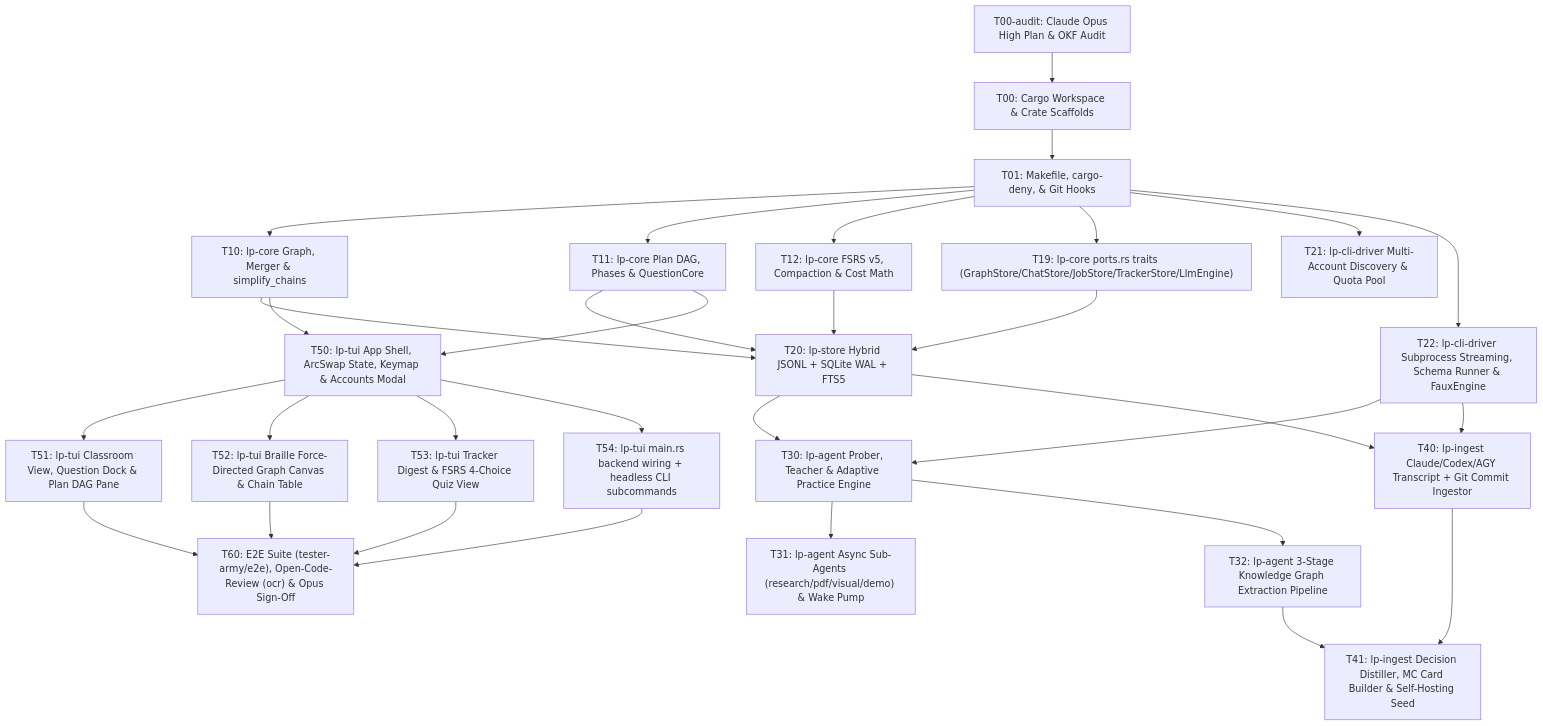
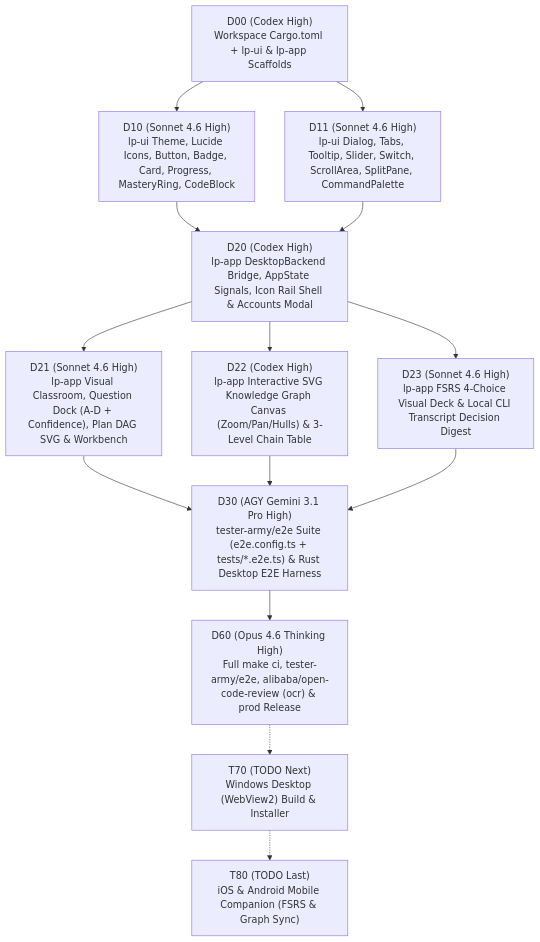
Before and after one commit to PrathamBhavsar/learnpuppy: the second of 2 diagrams in docs/PLAN.md, drawn with Mermaid. The commit also changed other lines of this file and 216 other files, not shown here.

Commit message:
docs: add dioxus 0.7 + lp-ui desktop plan, okf specs, and humanlayer/e2e skills

````diff
--- a/docs/PLAN.md
+++ b/docs/PLAN.md
@@ -285,33 +132,16 @@
 ```mermaid
 flowchart TD
-    T00A["T00-audit: Claude Opus High Plan & OKF Audit"] --> T00["T00: Cargo Workspace & Crate Scaffolds"]
-    T00 --> T01["T01: Makefile, cargo-deny, & Git Hooks"]
-    T01 --> T10["T10: lp-core Graph, Merger & simplify_chains"]
-    T01 --> T11["T11: lp-core Plan DAG, Phases & QuestionCore"]
-    T01 --> T12["T12: lp-core FSRS v5, Compaction & Cost Math"]
-    T01 --> T19["T19: lp-core ports.rs traits (GraphStore/ChatStore/JobStore/TrackerStore/LlmEngine)"]
-    T19 --> T20
-    T10 --> T20["T20: lp-store Hybrid JSONL + SQLite WAL + FTS5"]
-    T11 --> T20
-    T12 --> T20
-    T01 --> T21["T21: lp-cli-driver Multi-Account Discovery & Quota Pool"]
-    T01 --> T22["T22: lp-cli-driver Subprocess Streaming, Schema Runner & FauxEngine"]
-    T20 --> T30["T30: lp-agent Prober, Teacher & Adaptive Practice Engine"]
-    T22 --> T30
-    T30 --> T31["T31: lp-agent Async Sub-Agents (research/pdf/visual/demo) & Wake Pump"]
-    T30 --> T32["T32: lp-agent 3-Stage Knowledge Graph Extraction Pipeline"]
-    T20 --> T40["T40: lp-ingest Claude/Codex/AGY Transcript + Git Commit Ingestor"]
-    T22 --> T40
-    T40 --> T41["T41: lp-ingest Decision Distiller, MC Card Builder & Self-Hosting Seed"]
-    T32 --> T41
-    T10 --> T50["T50: lp-tui App Shell, ArcSwap State, Keymap & Accounts Modal"]
-    T11 --> T50
-    T50 --> T51["T51: lp-tui Classroom View, Question Dock & Plan DAG Pane"]
-    T50 --> T52["T52: lp-tui Braille Force-Directed Graph Canvas & Chain Table"]
-    T50 --> T53["T53: lp-tui Tracker Digest & FSRS 4-Choice Quiz View"]
-    T50 --> T54["T54: lp-tui main.rs backend wiring + headless CLI subcommands"]
-    T54 --> T60
-    T51 --> T60["T60: E2E Suite (tester-army/e2e), Open-Code-Review (ocr) & Opus Sign-Off"]
-    T52 --> T60
-    T53 --> T60
+    D00["D00 (Codex High)\nWorkspace Cargo.toml + lp-ui & lp-app Scaffolds"] --> D10["D10 (Sonnet 4.6 High)\nlp-ui Theme, Lucide Icons, Button, Badge, Card, Progress, MasteryRing, CodeBlock"]
+    D00 --> D11["D11 (Sonnet 4.6 High)\nlp-ui Dialog, Tabs, Tooltip, Slider, Switch, ScrollArea, SplitPane, CommandPalette"]
+    D10 --> D20["D20 (Codex High)\nlp-app DesktopBackend Bridge, AppState Signals, Icon Rail Shell & Accounts Modal"]
+    D11 --> D20
+    D20 --> D21["D21 (Sonnet 4.6 High)\nlp-app Visual Classroom, Question Dock (A-D + Confidence), Plan DAG SVG & Workbench"]
+    D20 --> D22["D22 (Codex High)\nlp-app Interactive SVG Knowledge Graph Canvas (Zoom/Pan/Hulls) & 3-Level Chain Table"]
+    D20 --> D23["D23 (Sonnet 4.6 High)\nlp-app FSRS 4-Choice Visual Deck & Local CLI Transcript Decision Digest"]
+    D21 --> D30["D30 (AGY Gemini 3.1 Pro High)\ntester-army/e2e Suite (e2e.config.ts + tests/*.e2e.ts) & Rust Desktop E2E Harness"]
+    D22 --> D30
+    D23 --> D30
+    D30 --> D60["D60 (Opus 4.6 Thinking High)\nFull make ci, tester-army/e2e, alibaba/open-code-review (ocr) & prod Release"]
+    D60 -.-> T70["T70 (TODO Next)\nWindows Desktop (WebView2) Build & Installer"]
+    T70 -.-> T80["T80 (TODO Last)\niOS & Android Mobile Companion (FSRS & Graph Sync)"]
 ```
````
